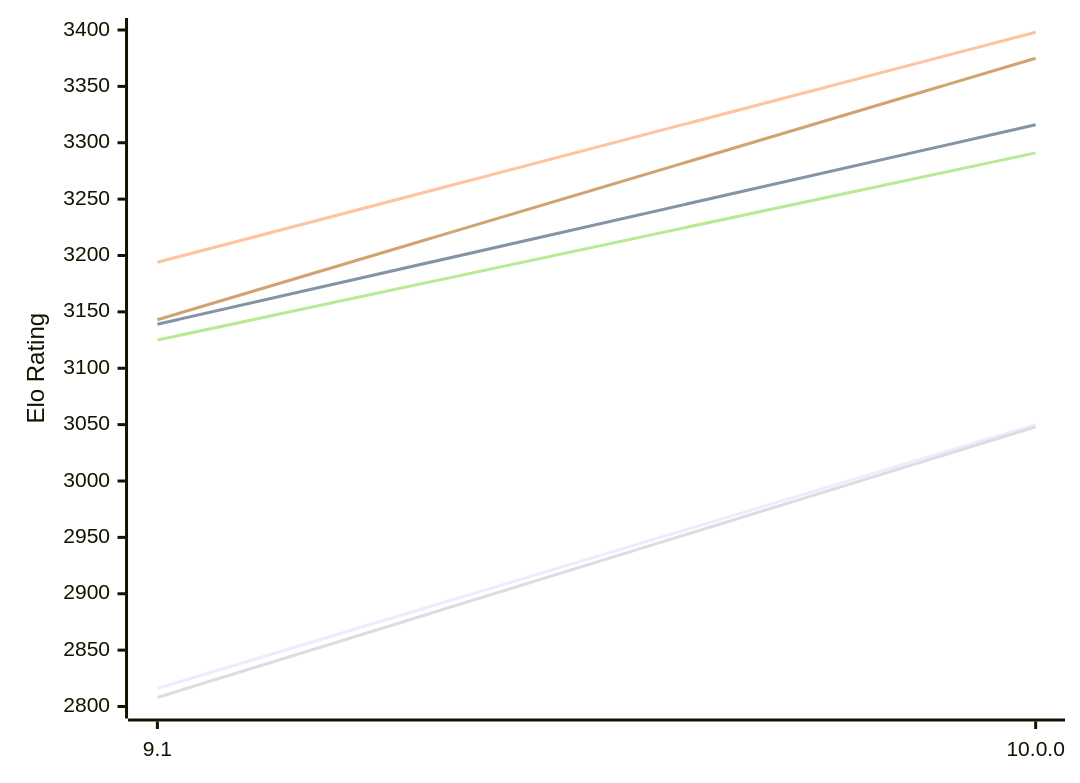
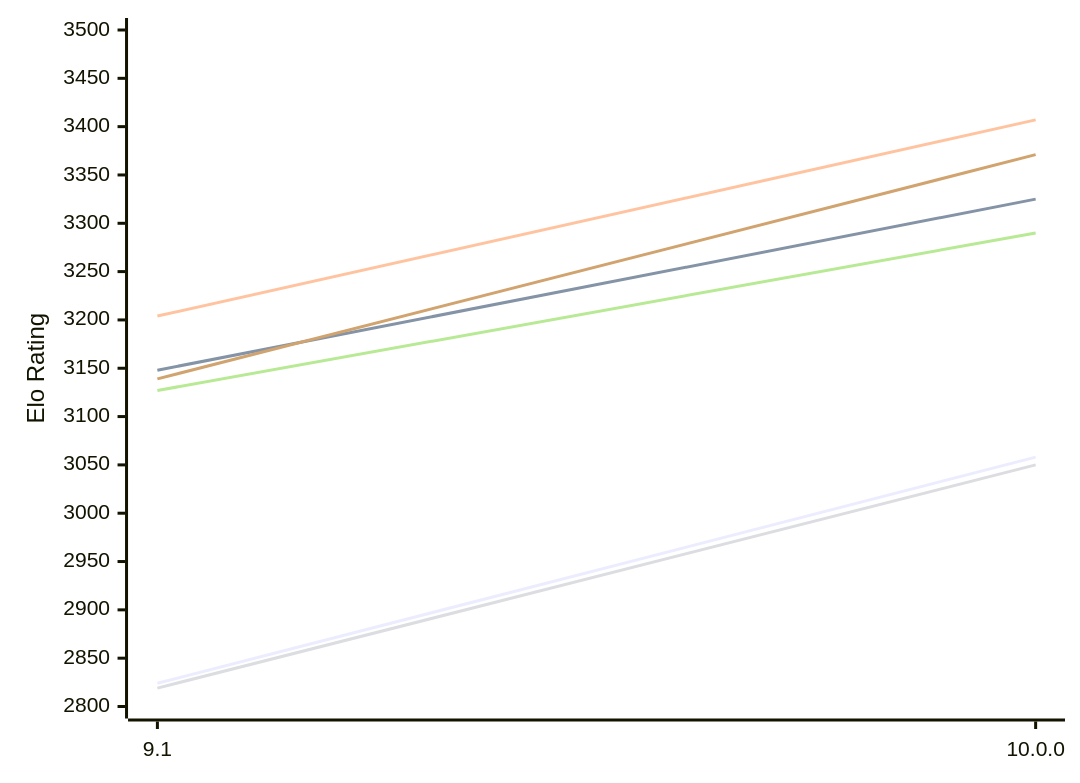
The first of 2 diagrams in engines/Pea.md (computer-chess-index/cci), drawn with Mermaid before and after one commit. The commit also changed other lines of this file, not shown here.

Commit message:
Update CCI Ratings (ELO VLTC) - 2026-11-16

````diff
--- a/engines/Pea.md
+++ b/engines/Pea.md
@@ -58,12 +58,12 @@
 ```mermaid
 %%{init: {"theme":"base","themeVariables":{"seriesColors:['#a3a3a3','#222221','#faa371']}}}%%
 xychart-beta
   x-axis ["9.1", "10.0.0"]
-  y-axis "Elo Rating" 2800 --> 3400
-  line "E1: STC (8.0+0.08s)" [2816, 3050]
-  line "E1: LTC (60.0+0.60s)" [3139, 3316]
-  line "E1: VLTC (2m24s+1.12s)" [3194, 3398]
-  line "P1: STC (8.0+0.08s)" [2808, 3048]
-  line "P1: LTC (60.0+0.60s)" [3125, 3291]
-  line "P1: VLTC (2m24s+1.12s)" [3143, 3375]
+  y-axis "Elo Rating" 2800 --> 3500
+  line "E1: STC (8.0+0.08s)" [2824, 3058]
+  line "E1: LTC (60.0+0.60s)" [3148, 3325]
+  line "E1: VLTC (2m24s+1.12s)" [3204, 3407]
+  line "P1: STC (8.0+0.08s)" [2819, 3050]
+  line "P1: LTC (60.0+0.60s)" [3127, 3290]
+  line "P1: VLTC (2m24s+1.12s)" [3139, 3371]
 ```
````
